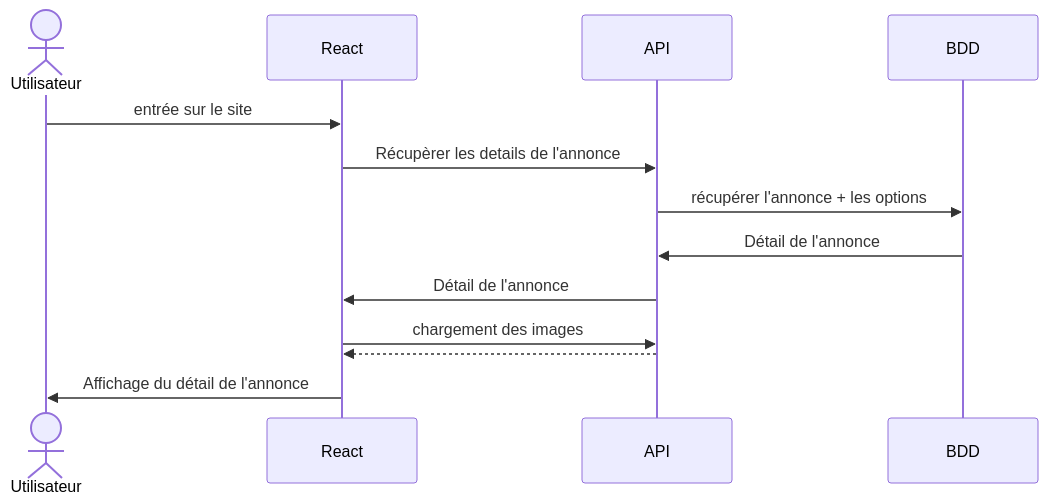
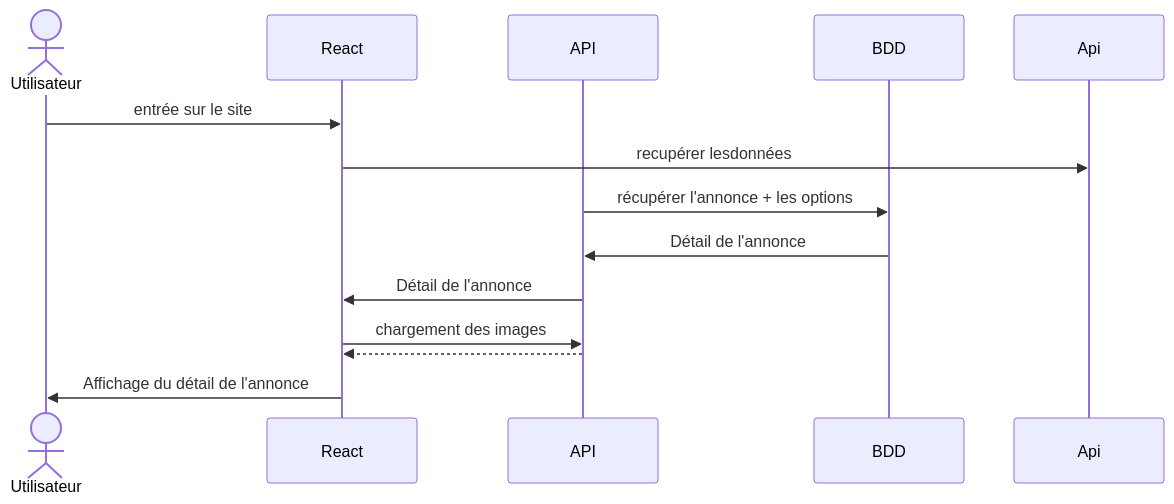
Before and after one commit to pickypou/garage-automobile-front: the diagram in docs/sequencedetail.md, drawn with Mermaid.

Commit message:
sequencedetail.md

````diff
--- a/docs/sequencedetail.md
+++ b/docs/sequencedetail.md
@@ -5,15 +5,15 @@
 ```mermaid
 sequenceDiagram
     actor Utilisateur
     participant React
     participant API
     participant BDD
     Utilisateur ->> React: entrée sur le site
-    React ->> API: Récupèrer les details de l'annonce
+    React ->> Api: recupérer lesdonnées 
     API ->> BDD: récupérer l'annonce + les options
     BDD ->> API: Détail de l'annonce
     API ->> React: Détail de l'annonce
     React ->> API: chargement des images
-    API -->> React:
+    API -->> React: 
     React ->> Utilisateur: Affichage du détail de l'annonce 
 ```
````
